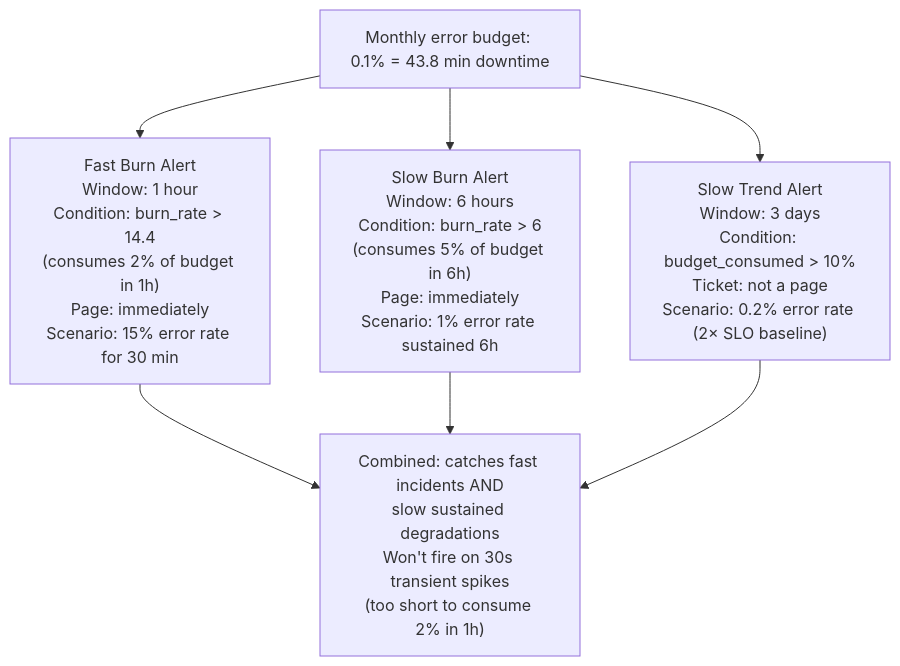
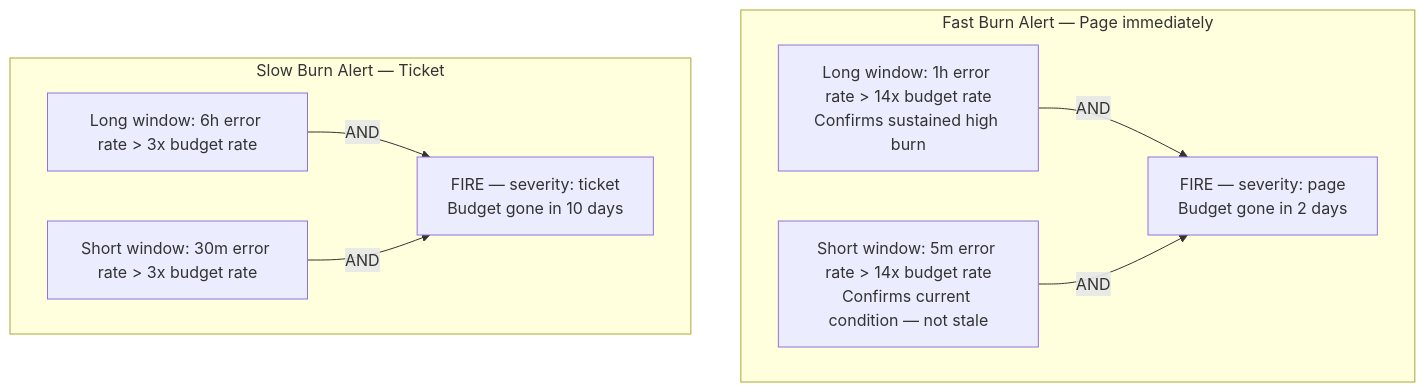
The seventh of 12 diagrams in docs-site/content/12-interview-prep/question-bank/observability-sre/metrics-alerting-design.md (gauravprwl14/system-design-course), drawn with Mermaid before and after one commit. The commit also changed other lines of this file and 1 other file, not shown here.

Commit message:
feat(question-bank): add slo-sla-error-budgets

````diff
--- a/docs-site/content/12-interview-prep/question-bank/observability-sre/metrics-alerting-design.md
+++ b/docs-site/content/12-interview-prep/question-bank/observability-sre/metrics-alerting-design.md
@@ -197,16 +249,16 @@
 ```mermaid
 graph TD
-  Budget["Monthly error budget: 0.1% = 43.8 min downtime"]
+  subgraph FastBurn["Fast Burn Alert — Page immediately"]
+    FL["Long window: 1h error rate > 14x budget rate\nConfirms sustained high burn"]
+    FS["Short window: 5m error rate > 14x budget rate\nConfirms current condition — not stale"]
+    FL -- "AND" --> FAlert["FIRE — severity: page\nBudget gone in 2 days"]
+    FS -- "AND" --> FAlert
+  end
 
-  Fast["Fast Burn Alert\nWindow: 1 hour\nCondition: burn_rate > 14.4\n(consumes 2% of budget in 1h)\nPage: immediately\nScenario: 15% error rate for 30 min"]
-
-  Slow["Slow Burn Alert\nWindow: 6 hours\nCondition: burn_rate > 6\n(consumes 5% of budget in 6h)\nPage: immediately\nScenario: 1% error rate sustained 6h"]
-
-  Ticket["Slow Trend Alert\nWindow: 3 days\nCondition: budget_consumed > 10%\nTicket: not a page\nScenario: 0.2% error rate (2× SLO baseline)"]
-
-  Budget --> Fast & Slow & Ticket
-
-  Combined["Combined: catches fast incidents AND\nslow sustained degradations\nWon't fire on 30s transient spikes\n(too short to consume 2% in 1h)"]
-
-  Fast & Slow & Ticket --> Combined
+  subgraph SlowBurn["Slow Burn Alert — Ticket"]
+    SL["Long window: 6h error rate > 3x budget rate"]
+    SS["Short window: 30m error rate > 3x budget rate"]
+    SL -- "AND" --> SAlert["FIRE — severity: ticket\nBudget gone in 10 days"]
+    SS -- "AND" --> SAlert
+  end
 ```
````
